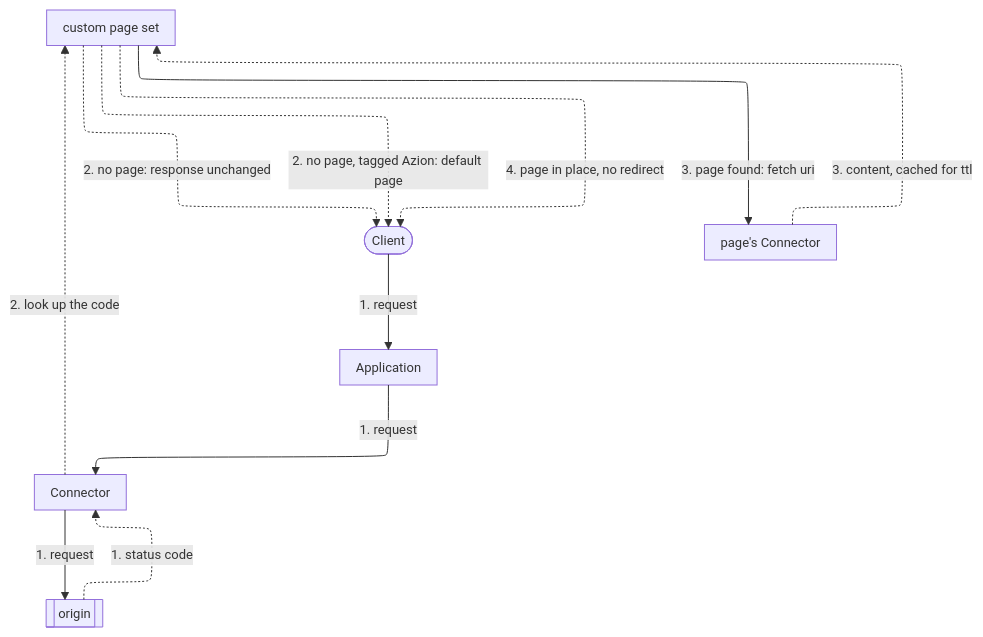
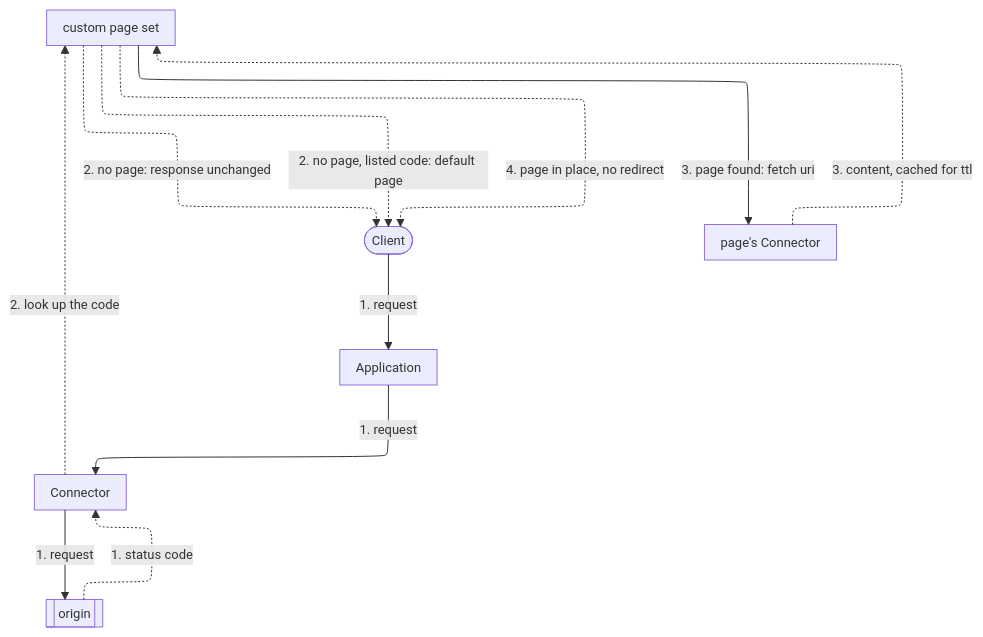
Before and after one commit to aziontech/docs: the fourth of 5 diagrams in apps/docs/src/content/docs/en/pages/secure/workloads/how-it-works.mdx, drawn with Mermaid. The commit also changed other lines of this file and 13 other files, not shown here.

````diff
--- a/apps/docs/src/content/docs/en/pages/secure/workloads/how-it-works.mdx
+++ b/apps/docs/src/content/docs/en/pages/secure/workloads/how-it-works.mdx
@@ -252,20 +252,20 @@
 ```mermaid
 %%{init: {"layout": "elk", "elk": {"preset": "modelOrder", "keepEntryNodeOnTop": true}, "themeVariables": {"fontSize": "13px"}, "flowchart": {"nodeSpacing": 24, "rankSpacing": 36, "padding": 8, "wrappingWidth": 150, "useMaxWidth": true}, "sequence": {"width": 120, "actorMargin": 30, "useMaxWidth": true}}}%%
 flowchart TD
   Client(["Client"])
   App["Application"]
   Conn["Connector"]
   Origin[["origin"]]
   Set["custom page set"]
   PConn["page's Connector"]
   Client -->|"1. request"| App
   App -->|"1. request"| Conn
   Conn -->|"1. request"| Origin
   Origin -.->|"1. status code"| Conn
   Conn -.->|"2. look up the code"| Set
   Set -.->|"2. no page: response unchanged"| Client
-  Set -.->|"2. no page, tagged Azion: default page"| Client
+  Set -.->|"2. no page, listed code: default page"| Client
   Set -->|"3. page found: fetch uri"| PConn
   PConn -.->|"3. content, cached for ttl"| Set
   Set -.->|"4. page in place, no redirect"| Client
 ```
````
